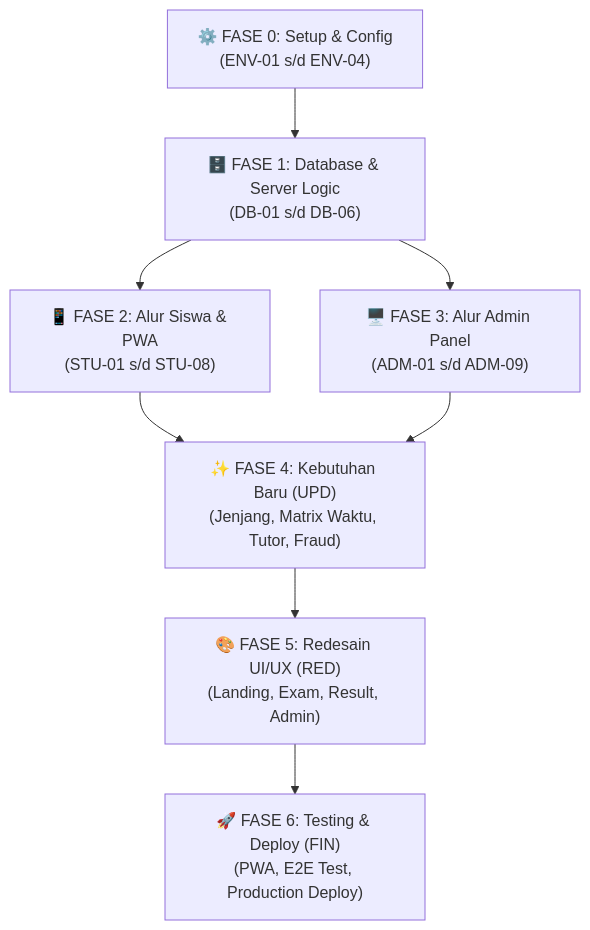
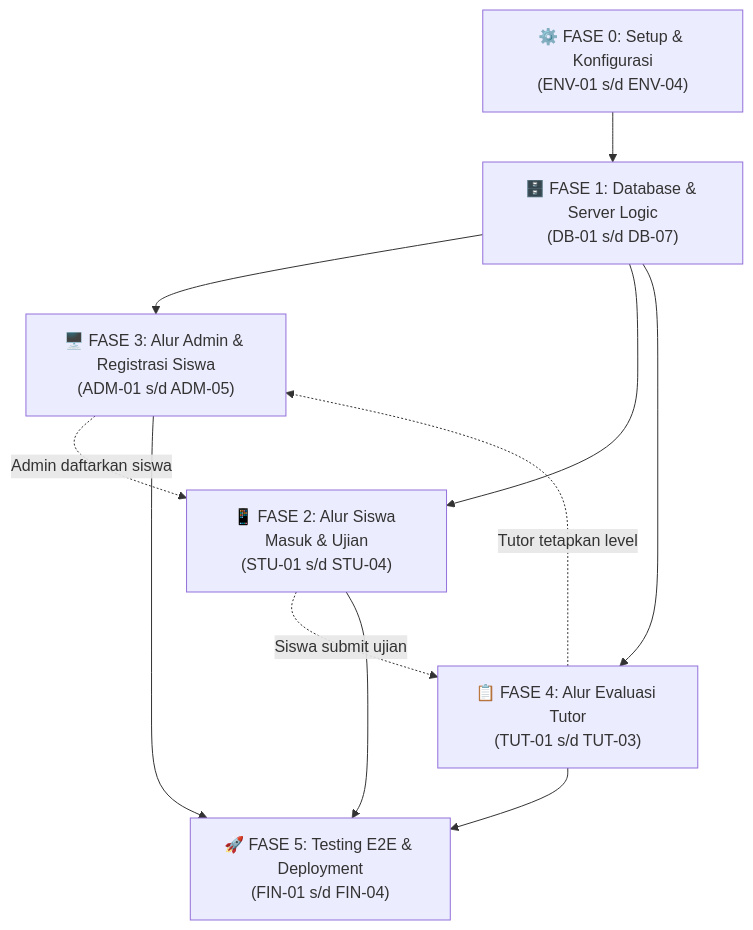
One commit to septianof/up-speaking changed the diagram in TASK_BREAKDOWN.md. Above: the diagram before and after it, drawn with Mermaid. The commit also changed other lines of this file and 3 other files, not shown here.

Commit message:
docs: perbarui prd, ui flow, task breakdown, dan agents sesuai arsitektur baru

````diff
--- a/TASK_BREAKDOWN.md
+++ b/TASK_BREAKDOWN.md
@@ -145,13 +121,16 @@
 ```mermaid
 flowchart TD
-    ENV["⚙️ FASE 0: Setup & Config\n(ENV-01 s/d ENV-04)"] --> DB["🗄️ FASE 1: Database & Server Logic\n(DB-01 s/d DB-06)"]
+    ENV["⚙️ FASE 0: Setup & Konfigurasi<br/>(ENV-01 s/d ENV-04)"] --> DB["🗄️ FASE 1: Database & Server Logic<br/>(DB-01 s/d DB-07)"]
     
-    DB --> STU["📱 FASE 2: Alur Siswa & PWA\n(STU-01 s/d STU-08)"]
-    DB --> ADM["🖥️ FASE 3: Alur Admin Panel\n(ADM-01 s/d ADM-09)"]
-    
-    STU & ADM --> UPD["✨ FASE 4: Kebutuhan Baru (UPD)\n(Jenjang, Matrix Waktu, Tutor, Fraud)"]
-    
-    UPD --> RED["🎨 FASE 5: Redesain UI/UX (RED)\n(Landing, Exam, Result, Admin)"]
-    
-    RED --> FIN["🚀 FASE 6: Testing & Deploy (FIN)\n(PWA, E2E Test, Production Deploy)"]
+    DB --> ADM["🖥️ FASE 3: Alur Admin & Registrasi Siswa<br/>(ADM-01 s/d ADM-05)"]
+    DB --> STU["📱 FASE 2: Alur Siswa Masuk & Ujian<br/>(STU-01 s/d STU-04)"]
+    DB --> TUT["📋 FASE 4: Alur Evaluasi Tutor<br/>(TUT-01 s/d TUT-03)"]
+
+    ADM -. "Admin daftarkan siswa" .-> STU
+    STU -. "Siswa submit ujian" .-> TUT
+    TUT -. "Tutor tetapkan level" .-> ADM
+
+    STU --> FIN["🚀 FASE 5: Testing E2E & Deployment<br/>(FIN-01 s/d FIN-04)"]
+    ADM --> FIN
+    TUT --> FIN
 ```
````
